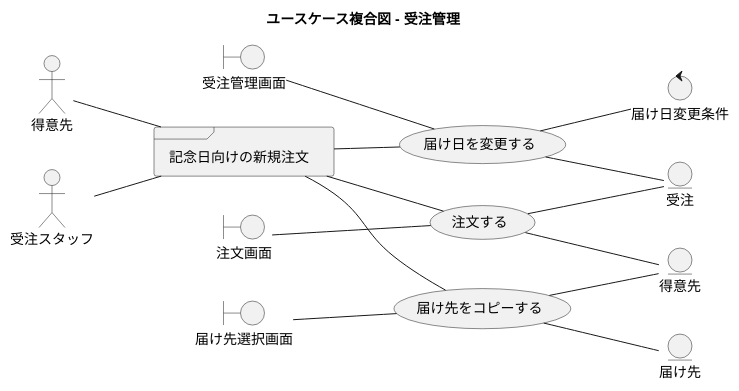
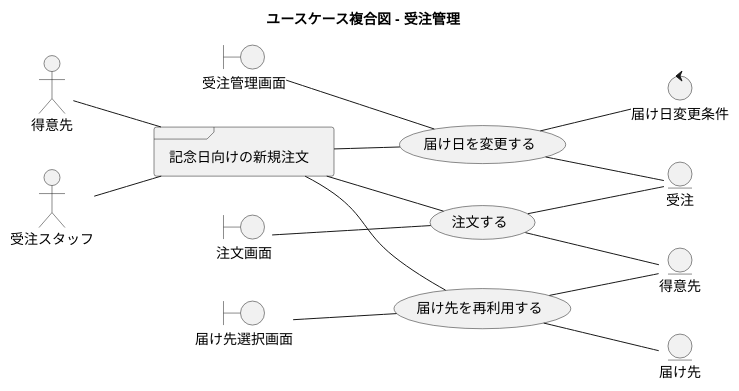
Diagram 13 of 19 in docs/requirements/requirements_definition.md (k2works/case-study-sdd-development), drawn with PlantUML before and after one commit. The commit also changed other lines of this file and 26 other files, not shown here.

````diff
--- a/docs/requirements/requirements_definition.md
+++ b/docs/requirements/requirements_definition.md
@@ -489,42 +489,42 @@
 ```plantuml
 @startuml
 
 title ユースケース複合図 - 受注管理
 
 left to right direction
 
 actor 得意先 as customer
 actor "受注スタッフ" as sales_staff
 
 frame "記念日向けの新規注文" as f01
 usecase "注文する" as UC1
-usecase "届け先をコピーする" as UC2
+usecase "届け先を再利用する" as UC2
 usecase "届け日を変更する" as UC3
 boundary "注文画面" as b01
 boundary "届け先選択画面" as b02
 boundary "受注管理画面" as b03
 entity "受注" as e01
 entity "届け先" as e02
 entity "得意先" as e03
 control "届け日変更条件" as c01
 
 customer -- f01
 sales_staff -- f01
 f01 -- UC1
 f01 -- UC2
 f01 -- UC3
 
 b01 -- UC1
 UC1 -- e01
 UC1 -- e03
 
 b02 -- UC2
 UC2 -- e02
 UC2 -- e03
 
 b03 -- UC3
 UC3 -- e01
 UC3 -- c01
 
 @enduml
 ```
````
